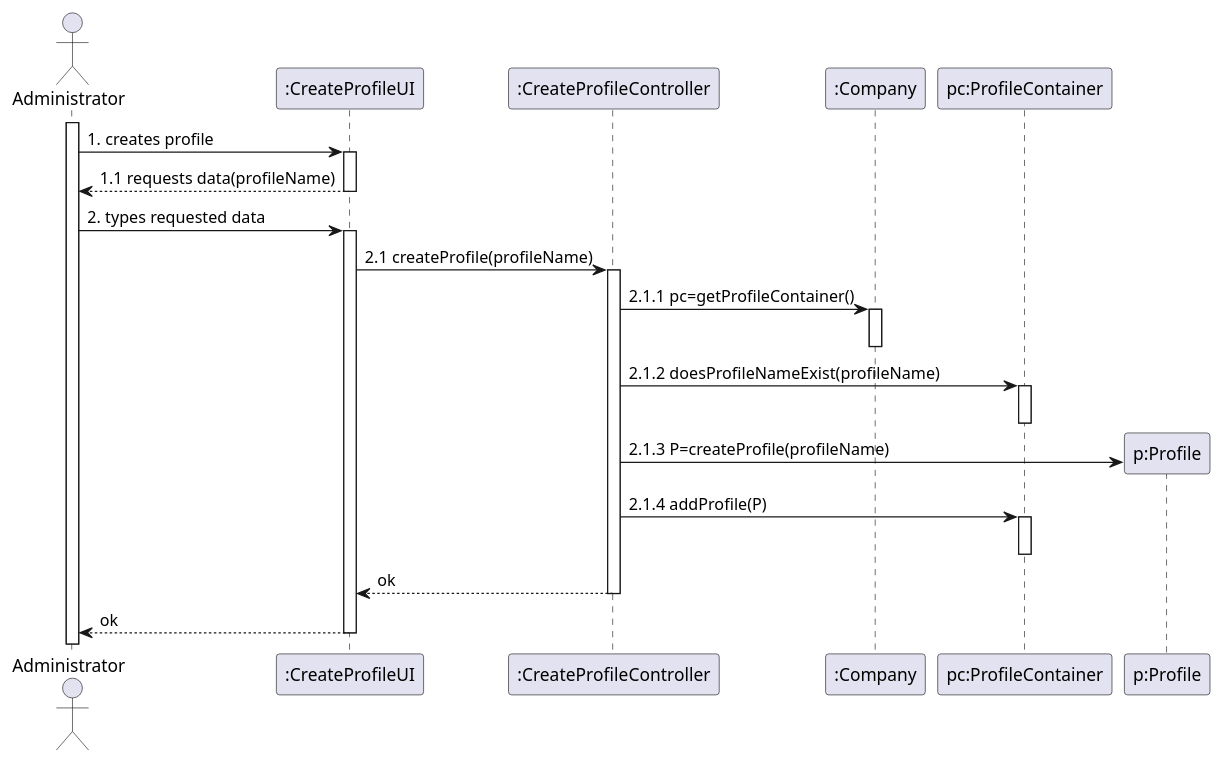
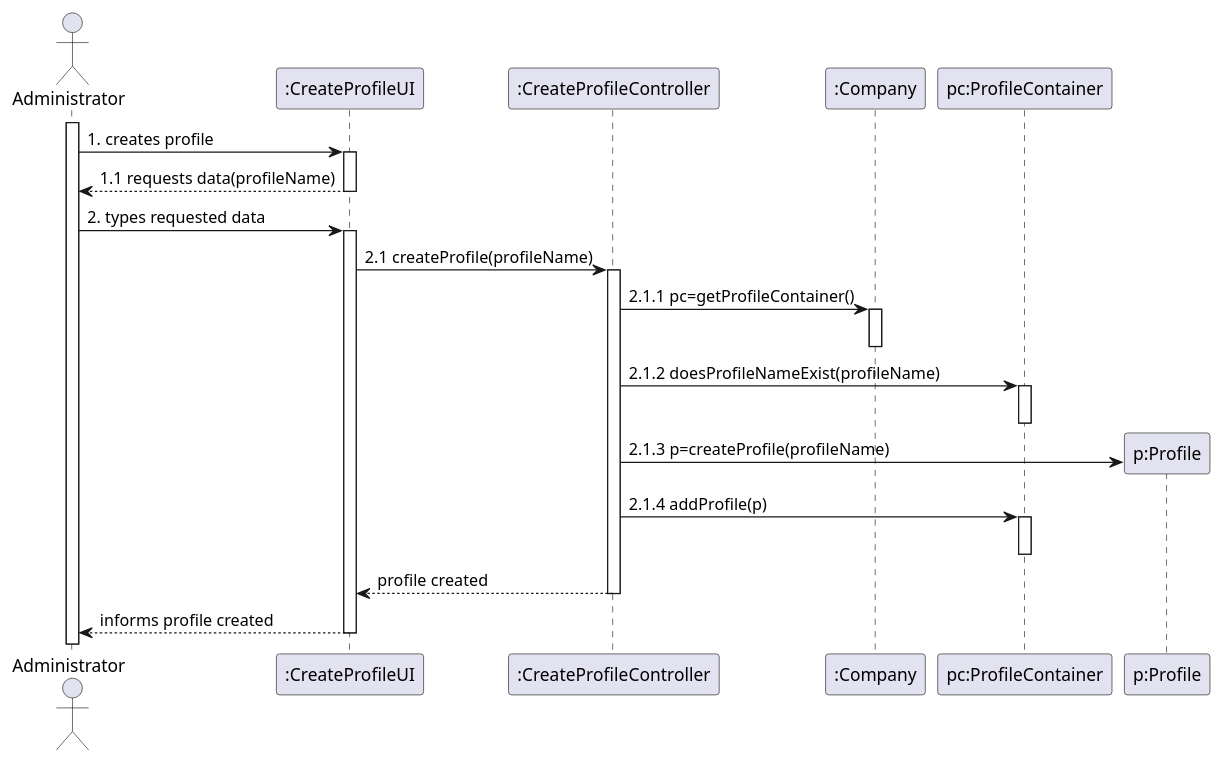
One commit to Loracline/project_switch_22-23 changed the diagram in docs/modelling_design/user_stories/us001/US001_Sequence_Diagram.puml. Above: the diagram before and after it, drawn with PlantUML. The commit also changed 1 other file, not shown here.

Commit message:
US001 : Design : Updating Sequence Diagram and Class Diagram (Use Case: to create profile).

```diff
--- a/docs/modelling_design/user_stories/us001/US001_Sequence_Diagram.puml
+++ b/docs/modelling_design/user_stories/us001/US001_Sequence_Diagram.puml
@@ -1,36 +1,36 @@
 @startuml
 
 actor Administrator
 participant ":CreateProfileUI" as cpu
 participant ":CreateProfileController" as cpc
 participant ":Company" as Company
 participant "pc:ProfileContainer" as ProfileContainer
 participant "p:Profile" as Profile
 activate Administrator
 Administrator -> cpu: 1. creates profile
 activate cpu
 cpu --> Administrator: 1.1 requests data(profileName)
 deactivate cpu
 Administrator -> cpu: 2. types requested data
 activate cpu
 cpu -> cpc: 2.1 createProfile(profileName)
 activate cpc
 cpc -> Company: 2.1.1 pc=getProfileContainer()
 activate Company
 deactivate Company
 cpc -> ProfileContainer: 2.1.2 doesProfileNameExist(profileName)
 activate ProfileContainer
 deactivate ProfileContainer
 create Profile
-cpc -> Profile: 2.1.3 P=createProfile(profileName)
+cpc -> Profile: 2.1.3 p=createProfile(profileName)
 deactivate Profile
-cpc -> ProfileContainer: 2.1.4 addProfile(P)
+cpc -> ProfileContainer: 2.1.4 addProfile(p)
 activate ProfileContainer
 deactivate ProfileContainer
-cpc --> cpu: ok
+cpc --> cpu: profile created
 deactivate cpc
-cpu --> Administrator: ok
+cpu --> Administrator: informs profile created
 deactivate cpu
 
 
 @enduml
```
